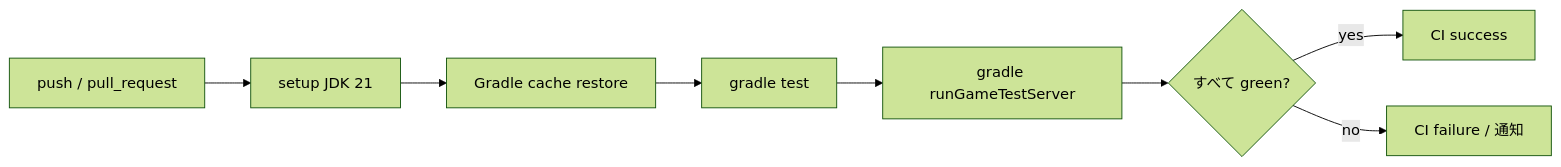
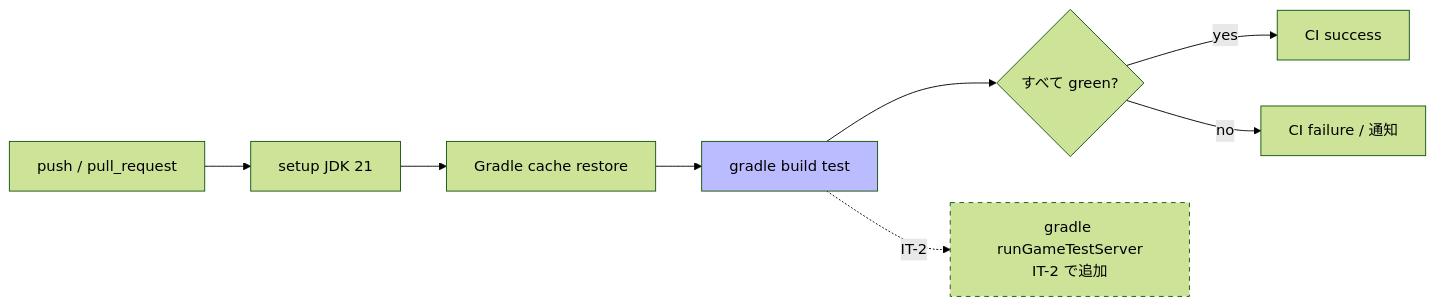
One commit to k2works/ai-programing-exercise changed the fourth of 4 diagrams in docs/development/iteration_plan-1.md. Above: the diagram before and after it, drawn with Mermaid (forest theme). The commit also changed other lines of this file and 3 other files, not shown here.

Commit message:
docs(development): NeoForge 1.21.11 GameTest API 刷新を踏まえ US-002 を IT-1 から IT-2 へ移送

````diff
--- a/docs/development/iteration_plan-1.md
+++ b/docs/development/iteration_plan-1.md
@@ -269,10 +246,13 @@
 ```mermaid
 graph LR
     A[push / pull_request] --> B[setup JDK 21]
     B --> C[Gradle cache restore]
-    C --> D[gradle test]
-    D --> E[gradle runGameTestServer]
-    E --> F{すべて green?}
+    C --> D[gradle build test]
+    D --> F{すべて green?}
     F -->|yes| G[CI success]
     F -->|no| H[CI failure / 通知]
+    style D fill:#bbf
+    classDef future stroke-dasharray:5 5
+    E[gradle runGameTestServer<br/>IT-2 で追加]:::future
+    D -.IT-2.-> E
 ```
````
